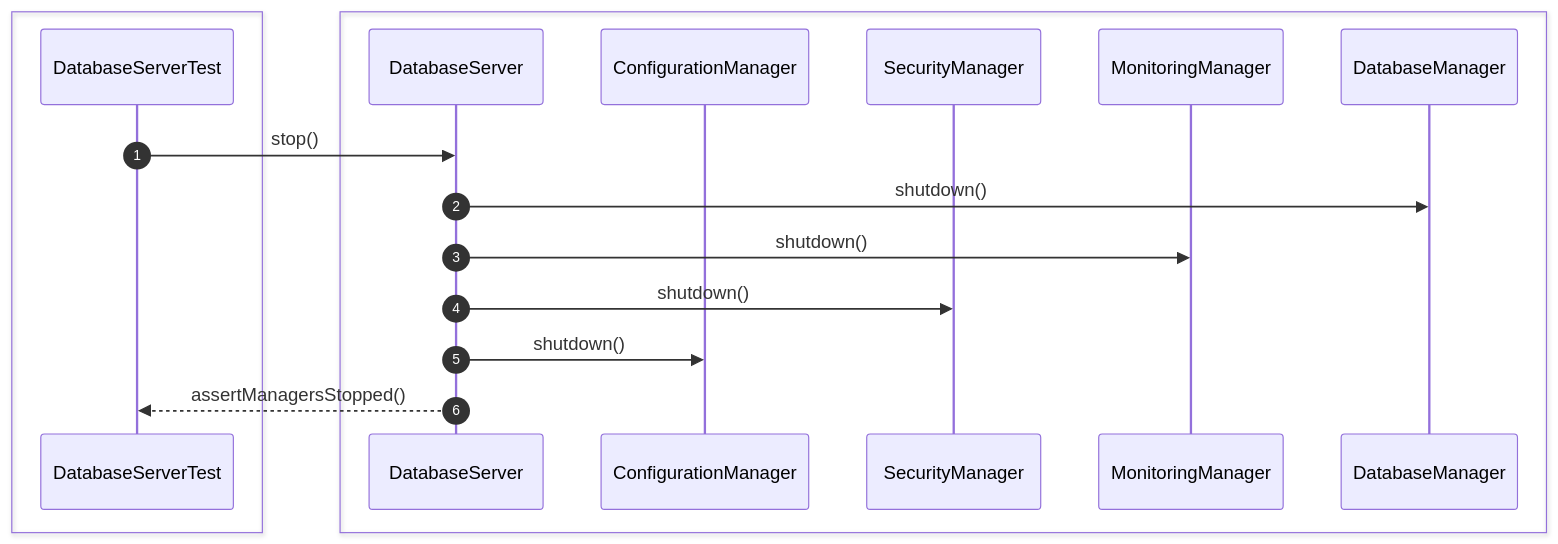
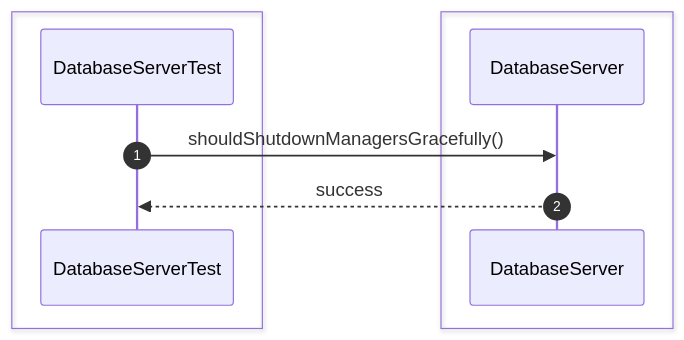
Before and after one commit to Huy1801214/dbms-architecture: the fifth of 44 diagrams in src/sequence/db-server.md, drawn with Mermaid. The commit also changed other lines of this file and 68 other files, not shown here.

Commit message:
implement comprehensive unit test suite and architectural sequence documentation

````diff
--- a/src/sequence/db-server.md
+++ b/src/sequence/db-server.md
@@ -84,22 +66,13 @@
 ```mermaid
 sequenceDiagram
     autonumber
-
     box #e1f5fe Test Suite
     participant Test as DatabaseServerTest
     end
-    box #e3f2fd Server Managers
-    participant Server as DatabaseServer
-    participant Config as ConfigurationManager
-    participant Security as SecurityManager
-    participant Monitor as MonitoringManager
-    participant DBManager as DatabaseManager
+    box #e3f2fd DatabaseServer Component
+    participant DS as DatabaseServer
     end
 
-    Test->>Server: stop()
-    Server->>DBManager: shutdown()
-    Server->>Monitor: shutdown()
-    Server->>Security: shutdown()
-    Server->>Config: shutdown()
-    Server-->>Test: assertManagersStopped()
+    Test->>DS: shouldShutdownManagersGracefully()
+    DS-->>Test: success
 ```
````
